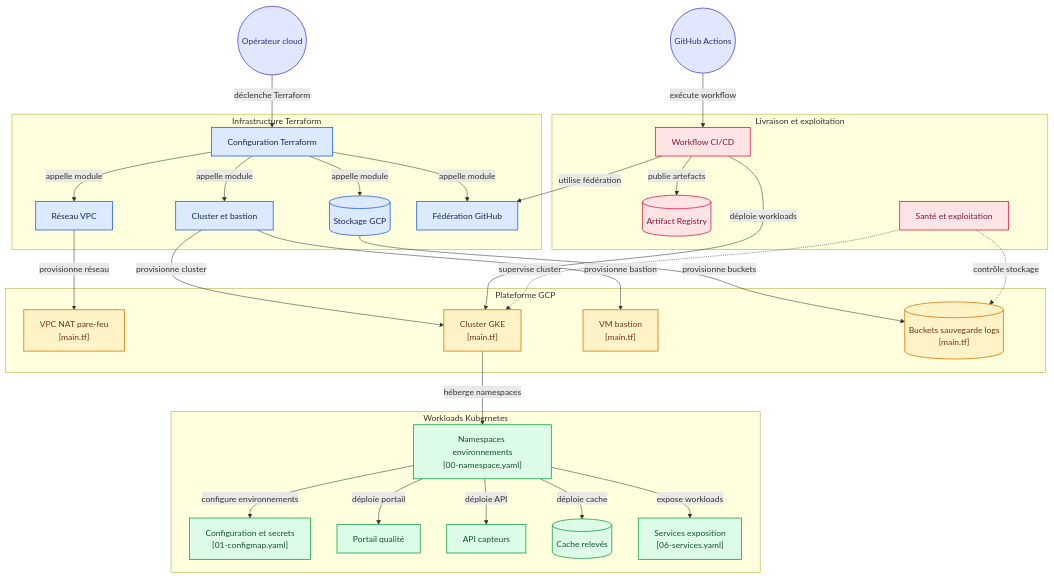
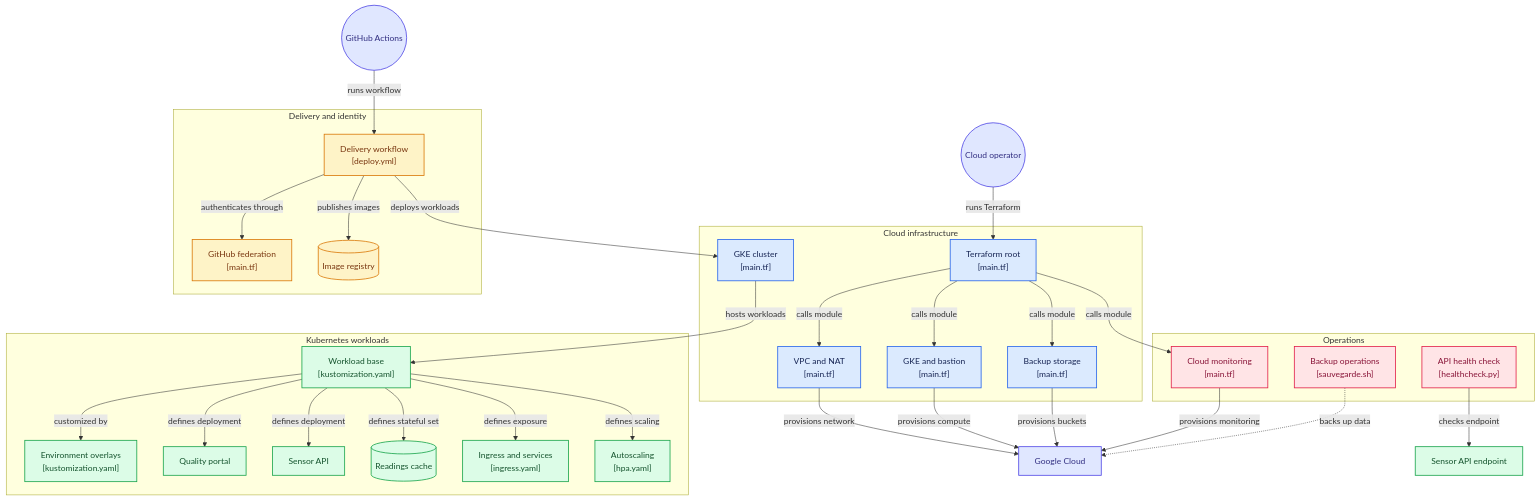
The first of 2 diagrams in README.md (MaelCrestin/foodtrack-equipe-c), drawn with Mermaid before and after one commit. The commit also changed other lines of this file, not shown here.

````diff
--- a/README.md
+++ b/README.md
@@ -52,77 +104,81 @@
 ```mermaid
 flowchart TD
 
-subgraph group_iac["Infrastructure Terraform"]
-  node_terraform_root["Configuration Terraform"]
-  node_network["Réseau VPC"]
-  node_compute["Cluster et bastion"]
-  node_storage[("Stockage GCP")]
-  node_wif["Fédération GitHub"]
+subgraph group_infra["Cloud infrastructure"]
+  node_terraform["Terraform root<br/>[main.tf]"]
+  node_network["VPC and NAT<br/>[main.tf]"]
+  node_compute["GKE and bastion<br/>[main.tf]"]
+  node_storage["Backup storage<br/>[main.tf]"]
+  node_gke["GKE cluster<br/>[main.tf]"]
 end
 
-subgraph group_platform["Plateforme GCP"]
-  node_vpc_nat["VPC NAT pare-feu<br/>[main.tf]"]
-  node_gke["Cluster GKE<br/>[main.tf]"]
-  node_bastion["VM bastion<br/>[main.tf]"]
-  node_backup_buckets[("Buckets sauvegarde logs<br/>[main.tf]")]
+subgraph group_delivery["Delivery and identity"]
+  node_workflow["Delivery workflow<br/>[deploy.yml]"]
+  node_wif["GitHub federation<br/>[main.tf]"]
+  node_registry[("Image registry")]
 end
 
-subgraph group_workloads["Workloads Kubernetes"]
-  node_namespaces["Namespaces environnements<br/>[00-namespace.yaml]"]
-  node_config["Configuration et secrets<br/>[01-configmap.yaml]"]
-  node_quality_portal["Portail qualité"]
-  node_sensor_api["API capteurs"]
-  node_readings_cache[("Cache relevés")]
-  node_services["Services exposition<br/>[06-services.yaml]"]
+subgraph group_kube["Kubernetes workloads"]
+  node_base["Workload base<br/>[kustomization.yaml]"]
+  node_overlays["Environment overlays<br/>[kustomization.yaml]"]
+  node_portal["Quality portal"]
+  node_api["Sensor API"]
+  node_cache[("Readings cache")]
+  node_exposure["Ingress and services<br/>[ingress.yaml]"]
+  node_scaling["Autoscaling<br/>[hpa.yaml]"]
 end
 
-subgraph group_delivery["Livraison et exploitation"]
-  node_ci_skeleton["Workflow CI/CD"]
-  node_artifact_registry[("Artifact Registry")]
-  node_health_operations["Santé et exploitation"]
+subgraph group_ops["Operations"]
+  node_monitoring["Cloud monitoring<br/>[main.tf]"]
+  node_healthcheck["API health check<br/>[healthcheck.py]"]
+  node_backupscript["Backup operations<br/>[sauvegarde.sh]"]
 end
 
-node_operator(("Opérateur cloud"))
+node_operator(("Cloud operator"))
+node_gcp["Google Cloud"]
 node_github(("GitHub Actions"))
+node_apiendpoint["Sensor API endpoint"]
 
-node_operator -->|"déclenche Terraform"| node_terraform_root
-node_terraform_root -->|"appelle module"| node_network
-node_terraform_root -->|"appelle module"| node_compute
-node_terraform_root -->|"appelle module"| node_storage
-node_terraform_root -->|"appelle module"| node_wif
-node_network -->|"provisionne réseau"| node_vpc_nat
-node_compute -->|"provisionne cluster"| node_gke
-node_compute -->|"provisionne bastion"| node_bastion
-node_storage -->|"provisionne buckets"| node_backup_buckets
-node_github -->|"exécute workflow"| node_ci_skeleton
-node_ci_skeleton -->|"utilise fédération"| node_wif
-node_ci_skeleton -->|"publie artefacts"| node_artifact_registry
-node_ci_skeleton -->|"déploie workloads"| node_gke
-node_gke -->|"héberge namespaces"| node_namespaces
-node_namespaces -->|"configure environnements"| node_config
-node_namespaces -->|"déploie portail"| node_quality_portal
-node_namespaces -->|"déploie API"| node_sensor_api
-node_namespaces -->|"déploie cache"| node_readings_cache
-node_namespaces -->|"expose workloads"| node_services
-node_health_operations -.->|"supervise cluster"| node_gke
-node_health_operations -.->|"contrôle stockage"| node_backup_buckets
+node_operator -->|"runs Terraform"| node_terraform
+node_terraform -->|"calls module"| node_network
+node_terraform -->|"calls module"| node_compute
+node_terraform -->|"calls module"| node_storage
+node_terraform -->|"calls module"| node_monitoring
+node_network -->|"provisions network"| node_gcp
+node_compute -->|"provisions compute"| node_gcp
+node_storage -->|"provisions buckets"| node_gcp
+node_monitoring -->|"provisions monitoring"| node_gcp
+node_github -->|"runs workflow"| node_workflow
+node_workflow -->|"authenticates through"| node_wif
+node_workflow -->|"publishes images"| node_registry
+node_workflow -->|"deploys workloads"| node_gke
+node_gke -->|"hosts workloads"| node_base
+node_base -->|"customized by"| node_overlays
+node_base -->|"defines deployment"| node_portal
+node_base -->|"defines deployment"| node_api
+node_base -->|"defines stateful set"| node_cache
+node_base -->|"defines exposure"| node_exposure
+node_base -->|"defines scaling"| node_scaling
+node_healthcheck -->|"checks endpoint"| node_apiendpoint
+node_backupscript -.->|"backs up data"| node_gcp
 
-click node_terraform_root "https://github.com/maelcrestin/foodtrack-equipe-c/tree/main/terraform"
-click node_network "https://github.com/maelcrestin/foodtrack-equipe-c/tree/main/terraform/modules/reseau"
-click node_compute "https://github.com/maelcrestin/foodtrack-equipe-c/tree/main/terraform/modules/compute"
-click node_storage "https://github.com/maelcrestin/foodtrack-equipe-c/tree/main/terraform/modules/stockage"
-click node_wif "https://github.com/maelcrestin/foodtrack-equipe-c/tree/main/terraform/modules/wif-github"
-click node_vpc_nat "https://github.com/maelcrestin/foodtrack-equipe-c/blob/main/terraform/modules/reseau/main.tf"
+click node_terraform "https://github.com/maelcrestin/foodtrack-equipe-c/blob/main/terraform/main.tf"
+click node_network "https://github.com/maelcrestin/foodtrack-equipe-c/blob/main/terraform/modules/reseau/main.tf"
+click node_compute "https://github.com/maelcrestin/foodtrack-equipe-c/blob/main/terraform/modules/compute/main.tf"
+click node_storage "https://github.com/maelcrestin/foodtrack-equipe-c/blob/main/terraform/modules/stockage/main.tf"
+click node_monitoring "https://github.com/maelcrestin/foodtrack-equipe-c/blob/main/terraform/modules/monitoring/main.tf"
+click node_workflow "https://github.com/maelcrestin/foodtrack-equipe-c/blob/main/.github/workflows/deploy.yml"
+click node_wif "https://github.com/maelcrestin/foodtrack-equipe-c/blob/main/terraform/modules/wif-github/main.tf"
 click node_gke "https://github.com/maelcrestin/foodtrack-equipe-c/blob/main/terraform/modules/compute/main.tf"
-click node_bastion "https://github.com/maelcrestin/foodtrack-equipe-c/blob/main/terraform/modules/compute/main.tf"
-click node_backup_buckets "https://github.com/maelcrestin/foodtrack-equipe-c/blob/main/terraform/modules/stockage/main.tf"
-click node_namespaces "https://github.com/maelcrestin/foodtrack-equipe-c/blob/main/labs/projet-final/manifests/00-namespace.yaml"
-click node_config "https://github.com/maelcrestin/foodtrack-equipe-c/blob/main/labs/projet-final/manifests/01-configmap.yaml"
-click node_quality_portal "https://github.com/maelcrestin/foodtrack-equipe-c/blob/main/labs/projet-final/manifests/03-deployment-portail-qualite.yaml"
-click node_sensor_api "https://github.com/maelcrestin/foodtrack-equipe-c/blob/main/labs/projet-final/manifests/04-deployment-api-capteurs.yaml"
-click node_readings_cache "https://github.com/maelcrestin/foodtrack-equipe-c/blob/main/labs/projet-final/manifests/05-statefulset-cache-releves.yaml"
-click node_services "https://github.com/maelcrestin/foodtrack-equipe-c/blob/main/labs/projet-final/manifests/06-services.yaml"
-click node_ci_skeleton "https://github.com/maelcrestin/foodtrack-equipe-c/tree/main/labs/projet-final/ci"
+click node_base "https://github.com/maelcrestin/foodtrack-equipe-c/blob/main/manifests/base/kustomization.yaml"
+click node_overlays "https://github.com/maelcrestin/foodtrack-equipe-c/blob/main/manifests/overlays/dev/kustomization.yaml"
+click node_portal "https://github.com/maelcrestin/foodtrack-equipe-c/blob/main/manifests/base/deployment-portail.yaml"
+click node_api "https://github.com/maelcrestin/foodtrack-equipe-c/blob/main/manifests/base/deployment-api.yaml"
+click node_cache "https://github.com/maelcrestin/foodtrack-equipe-c/blob/main/manifests/base/statefulset-cache.yaml"
+click node_exposure "https://github.com/maelcrestin/foodtrack-equipe-c/blob/main/manifests/base/ingress.yaml"
+click node_scaling "https://github.com/maelcrestin/foodtrack-equipe-c/blob/main/manifests/base/hpa.yaml"
+click node_healthcheck "https://github.com/maelcrestin/foodtrack-equipe-c/blob/main/scripts/healthcheck.py"
+click node_backupscript "https://github.com/maelcrestin/foodtrack-equipe-c/blob/main/scripts/sauvegarde.sh"
 
 classDef toneNeutral fill:#f8fafc,stroke:#334155,stroke-width:1.5px,color:#0f172a
 classDef toneBlue fill:#dbeafe,stroke:#2563eb,stroke-width:1.5px,color:#172554
@@ -131,9 +187,9 @@
 classDef toneRose fill:#ffe4e6,stroke:#e11d48,stroke-width:1.5px,color:#881337
 classDef toneIndigo fill:#e0e7ff,stroke:#4f46e5,stroke-width:1.5px,color:#312e81
 classDef toneTeal fill:#ccfbf1,stroke:#0f766e,stroke-width:1.5px,color:#134e4a
-class node_terraform_root,node_network,node_compute,node_storage,node_wif toneBlue
-class node_vpc_nat,node_gke,node_bastion,node_backup_buckets toneAmber
-class node_namespaces,node_config,node_quality_portal,node_sensor_api,node_readings_cache,node_services toneMint
-class node_ci_skeleton,node_artifact_registry,node_health_operations toneRose
-class node_operator,node_github toneIndigo
-```
+class node_terraform,node_network,node_compute,node_storage,node_gke toneBlue
+class node_workflow,node_wif,node_registry toneAmber
+class node_base,node_overlays,node_portal,node_api,node_cache,node_exposure,node_scaling,node_apiendpoint toneMint
+class node_monitoring,node_healthcheck,node_backupscript toneRose
+class node_operator,node_gcp,node_github toneIndigo
+``` 
````
